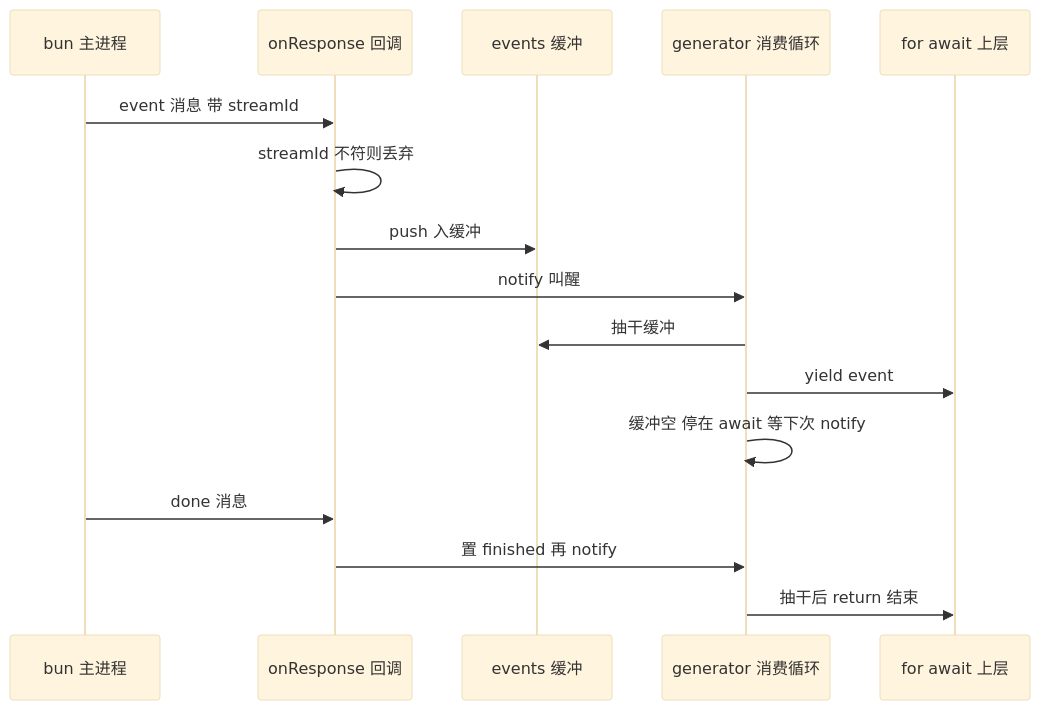
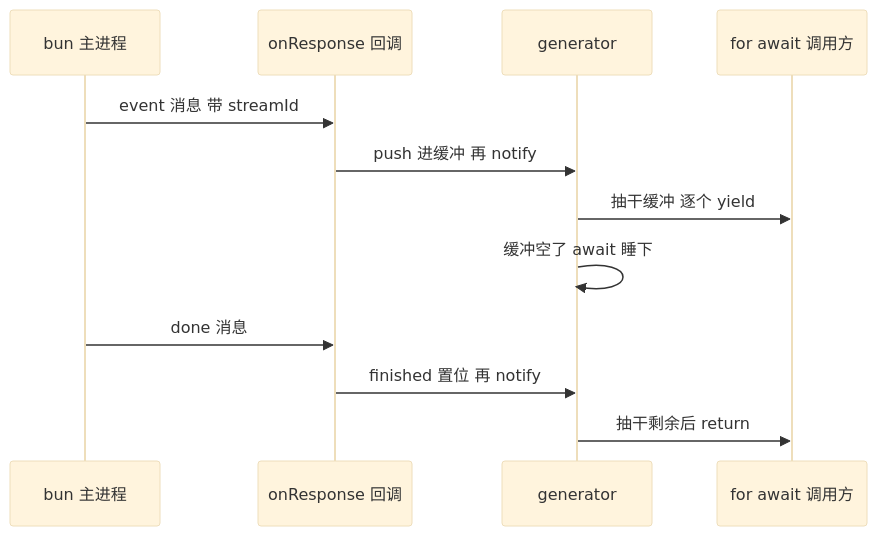
One commit to diguike/book-source-reading changed the second of 6 diagrams in book/06-llm-space.md. Above: the diagram before and after it, drawn with Mermaid (base theme). The commit also changed other lines of this file and 10 other files, not shown here.

````diff
--- a/book/06-llm-space.md
+++ b/book/06-llm-space.md
@@ -232,18 +190,14 @@
 ```mermaid
 sequenceDiagram
     participant Bun as bun 主进程
     participant Cb as onResponse 回调
-    participant Buf as events 缓冲
-    participant Gen as generator 消费循环
-    participant UI as for await 上层
+    participant Gen as generator
+    participant UI as for await 调用方
     Bun->>Cb: event 消息 带 streamId
-    Cb->>Cb: streamId 不符则丢弃
-    Cb->>Buf: push 入缓冲
-    Cb->>Gen: notify 叫醒
-    Gen->>Buf: 抽干缓冲
-    Gen->>UI: yield event
-    Gen->>Gen: 缓冲空 停在 await 等下次 notify
+    Cb->>Gen: push 进缓冲 再 notify
+    Gen->>UI: 抽干缓冲 逐个 yield
+    Gen->>Gen: 缓冲空了 await 睡下
     Bun->>Cb: done 消息
-    Cb->>Gen: 置 finished 再 notify
-    Gen->>UI: 抽干后 return 结束
+    Cb->>Gen: finished 置位 再 notify
+    Gen->>UI: 抽干剩余后 return
 ```
````
